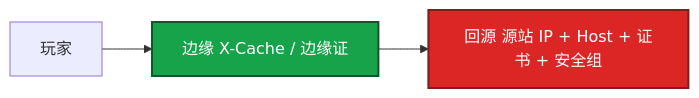
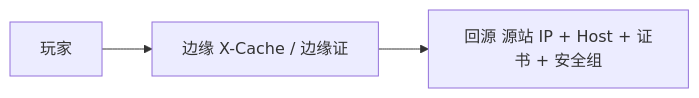
One commit to ml-cuizijun/LearnToLilith changed the third of 5 diagrams in 01-基础底座/15-DNS与CDN/练习题.md. Above: the diagram before and after it, drawn with Mermaid. The commit also changed other lines of this file and 470 other files, not shown here.

````diff
--- a/01-基础底座/15-DNS与CDN/练习题.md
+++ b/01-基础底座/15-DNS与CDN/练习题.md
@@ -123,9 +122,7 @@
 ```mermaid
 flowchart LR
     P[玩家] --> E[边缘 X-Cache / 边缘证]
     E --> O[回源 源站 IP + Host + 证书 + 安全组]
-    classDef a fill:#16A34A,stroke:#14532D,stroke-width:2px,color:#fff
-    classDef b fill:#DC2626,stroke:#7F1D1D,stroke-width:2px,color:#fff
     class E a
     class O b
 ```
````
